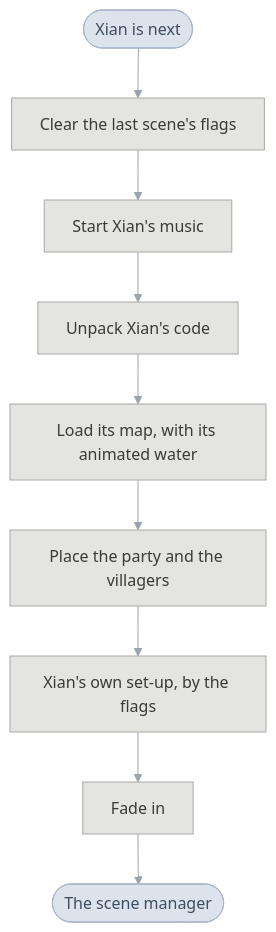
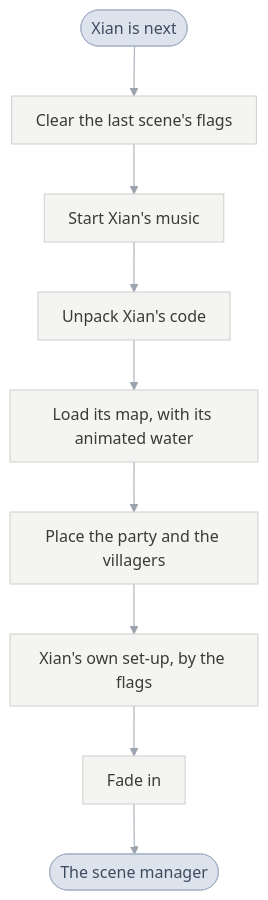
Before and after one commit to PascalPixel/alchemy: the third of 4 diagrams in games/tbs/README.md, drawn with Mermaid. The commit also changed other lines of this file, not shown here.

First line of the commit message:
☀️ Front page: the four charts run top to bottom in two shapes

````diff
--- a/games/tbs/README.md
+++ b/games/tbs/README.md
@@ -92,11 +79,11 @@
 ```mermaid
-%%{init: {"theme": "base", "themeVariables": {"lineColor": "#9AA3AE", "edgeLabelBackground": "#FFFFFF"}, "flowchart": {"curve": "basis", "padding": 14}}}%%
+%%{init: {"theme": "base", "themeVariables": {"lineColor": "#9AA3AE", "edgeLabelBackground": "#FFFFFF"}, "flowchart": {"curve": "basis", "padding": 12}}}%%
 flowchart TD
   pick(["Xian is next"]) --> arrive["Clear the last scene's flags"] --> music["Start Xian's music"] --> code["Unpack Xian's code"]
   code --> map["Load its map, with its animated water"] --> place["Place the party and the villagers"]
   place --> own["Xian's own set-up, by the flags"] --> fade["Fade in"] --> run(["The scene manager"])
-  classDef flow fill:#DDE3EC,stroke:#A9B6C8,color:#3E4C60
-  classDef field fill:#E4E4E2,stroke:#A8A8A4,color:#3A3A38
-  class pick,run flow
-  class arrive,music,code,map,place,own,fade field
+  classDef link fill:#DDE3EC,stroke:#A9B6C8,color:#3E4C60
+  classDef step fill:#F4F4F2,stroke:#CFCFCB,color:#3A3A38
+  class pick,run link
+  class arrive,music,code,map,place,own,fade step
 ```
````
